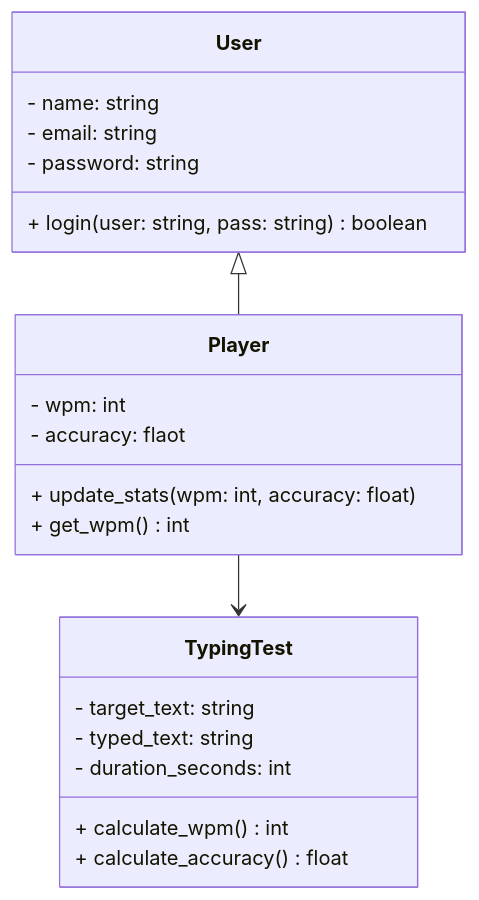
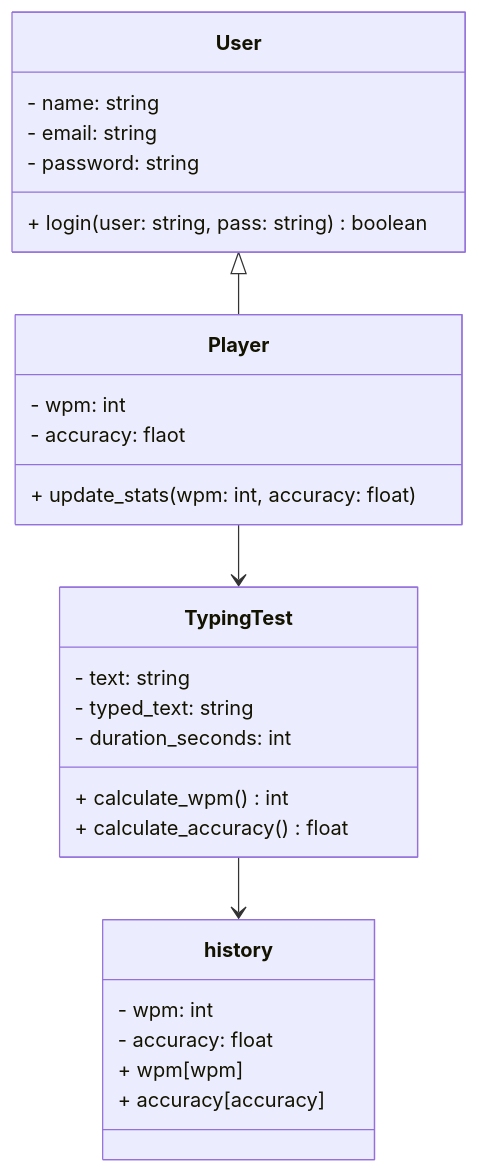
One commit to Kevinn-Xiong/tippitytappity-design changed the first of 2 diagrams in README.md. Above: the diagram before and after it, drawn with Mermaid.

````diff
--- a/README.md
+++ b/README.md
@@ -4,27 +4,34 @@
 ```mermaid
 classDiagram
   User <|-- Player
   Player --> TypingTest
+  TypingTest --> history
 
   class User{
         - name: string
         - email: string
         - password: string
         + login(user: string, pass: string) boolean
   }
 
   class Player{
         - wpm: int
         - accuracy: flaot
         + update_stats(wpm: int, accuracy: float)
-        + get_wpm() int
   }
 
   class TypingTest{
-        - target_text: string
+        - text: string
         - typed_text: string
         - duration_seconds: int
         + calculate_wpm() int
         + calculate_accuracy() float
   }
+
+class history{
+      - wpm: int
+      - accuracy: float
+      + wpm[wpm]
+      + accuracy[accuracy]
+}
 ```
````
